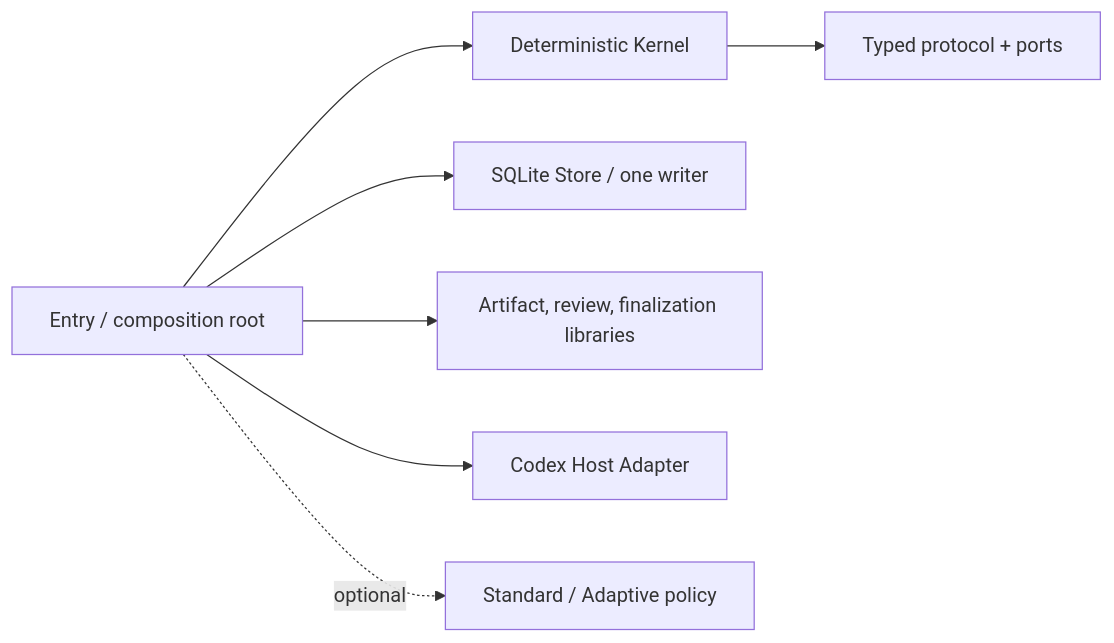
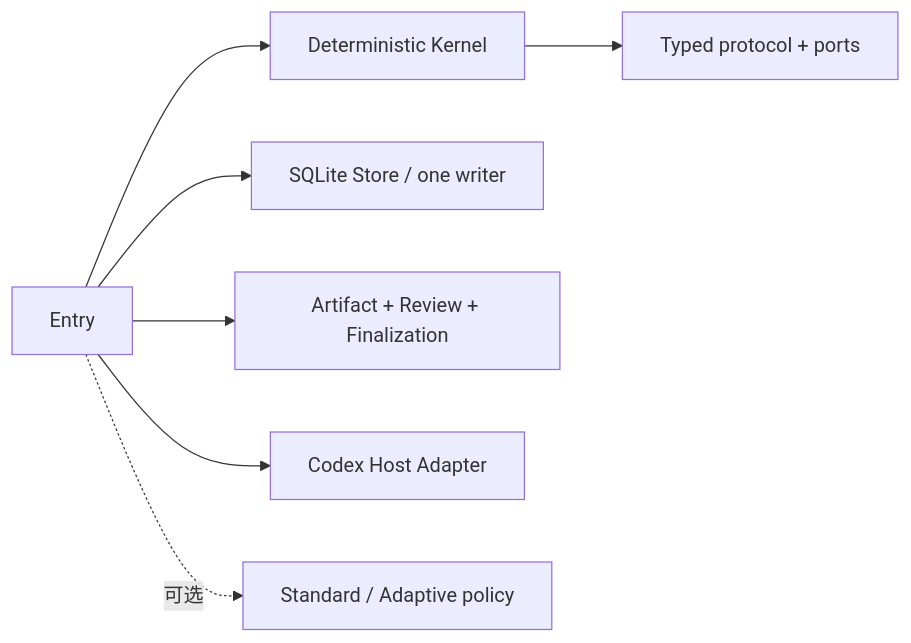
Before and after one commit to amanayayatu-tech/loop-skill: the second of 2 diagrams in README.md, drawn with Mermaid. The commit also changed other lines of this file and 12 other files, not shown here.

````diff
--- a/README.md
+++ b/README.md
@@ -118,9 +170,9 @@
 ```mermaid
 flowchart LR
-    E["Entry / composition root"] --> K["Deterministic Kernel"]
+    E["Entry"] --> K["Deterministic Kernel"]
     K --> P["Typed protocol + ports"]
     E --> S["SQLite Store / one writer"]
-    E --> A["Artifact, review, finalization libraries"]
+    E --> A["Artifact + Review + Finalization"]
     E --> H["Codex Host Adapter"]
-    E -. optional .-> O["Standard / Adaptive policy"]
+    E -. 可选 .-> O["Standard / Adaptive policy"]
 ```
````
